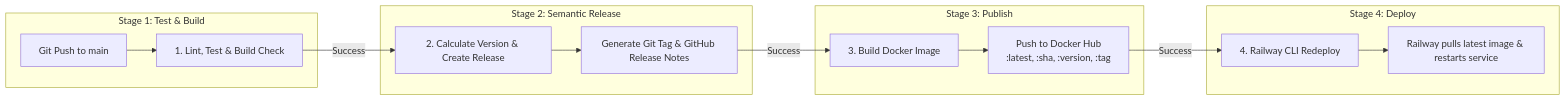
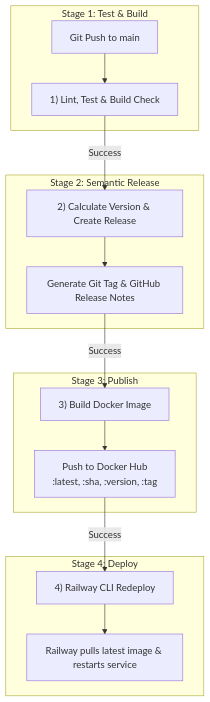
One commit to ensanguine2279/sctp-aie-m4-assignment-web changed the sixth of 6 diagrams in README.md. Above: the diagram before and after it, drawn with Mermaid. The commit also changed other lines of this file, not shown here.

````diff
--- a/README.md
+++ b/README.md
@@ -231,21 +231,21 @@
 ```mermaid
-graph LR
+graph TD
     subgraph Stage1 ["Stage 1: Test & Build"]
-        A["Git Push to main"] --> B["1#46; Lint, Test & Build Check"]
+        A["Git Push to main"] --> B["1) Lint, Test & Build Check"]
     end
 
     subgraph Stage2 ["Stage 2: Semantic Release"]
-        B -->|"Success"| C["2#46; Calculate Version & Create Release"]
+        B -->|"Success"| C["2) Calculate Version & Create Release"]
         C --> D["Generate Git Tag & GitHub Release Notes"]
     end
 
     subgraph Stage3 ["Stage 3: Publish"]
-        D -->|"Success"| E["3#46; Build Docker Image"]
+        D -->|"Success"| E["3) Build Docker Image"]
         E --> F["Push to Docker Hub<br/>:latest, :sha, :version, :tag"]
     end
 
     subgraph Stage4 ["Stage 4: Deploy"]
-        F -->|"Success"| G["4#46; Railway CLI Redeploy"]
+        F -->|"Success"| G["4) Railway CLI Redeploy"]
         G --> H["Railway pulls latest image & restarts service"]
     end
 ```
````
